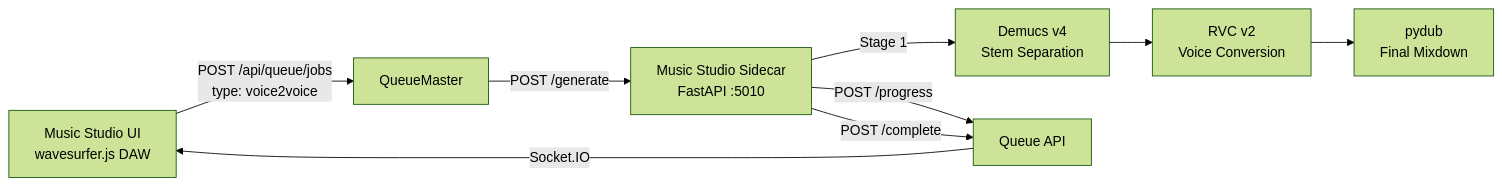
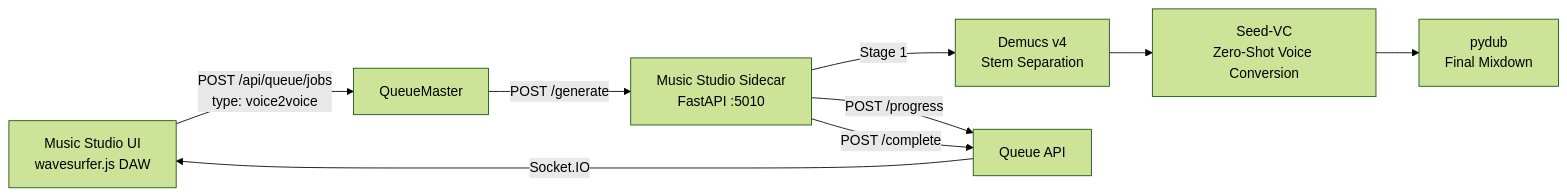
One commit to openzigs/openzigs changed diagram 16 of 17 in docs/ARCHITECTURE.md. Above: the diagram before and after it, drawn with Mermaid (forest theme). The commit also changed other lines of this file and 21 other files, not shown here.

````diff
--- a/docs/ARCHITECTURE.md
+++ b/docs/ARCHITECTURE.md
@@ -4384,11 +4399,11 @@
 ```mermaid
 graph LR
     UI[Music Studio UI<br/>wavesurfer.js DAW] -->|POST /api/queue/jobs<br/>type: voice2voice| QM[QueueMaster]
     QM -->|POST /generate| SIDECAR[Music Studio Sidecar<br/>FastAPI :5010]
     SIDECAR -->|Stage 1| DEMUCS[Demucs v4<br/>Stem Separation]
-    DEMUCS --> RVC[RVC v2<br/>Voice Conversion]
-    RVC --> MIX[pydub<br/>Final Mixdown]
+    DEMUCS --> SEEDVC[Seed-VC<br/>Zero-Shot Voice Conversion]
+    SEEDVC --> MIX[pydub<br/>Final Mixdown]
     SIDECAR -->|POST /progress| QAPI[Queue API]
     QAPI -->|Socket.IO| UI
     SIDECAR -->|POST /complete| QAPI
 ```
````
